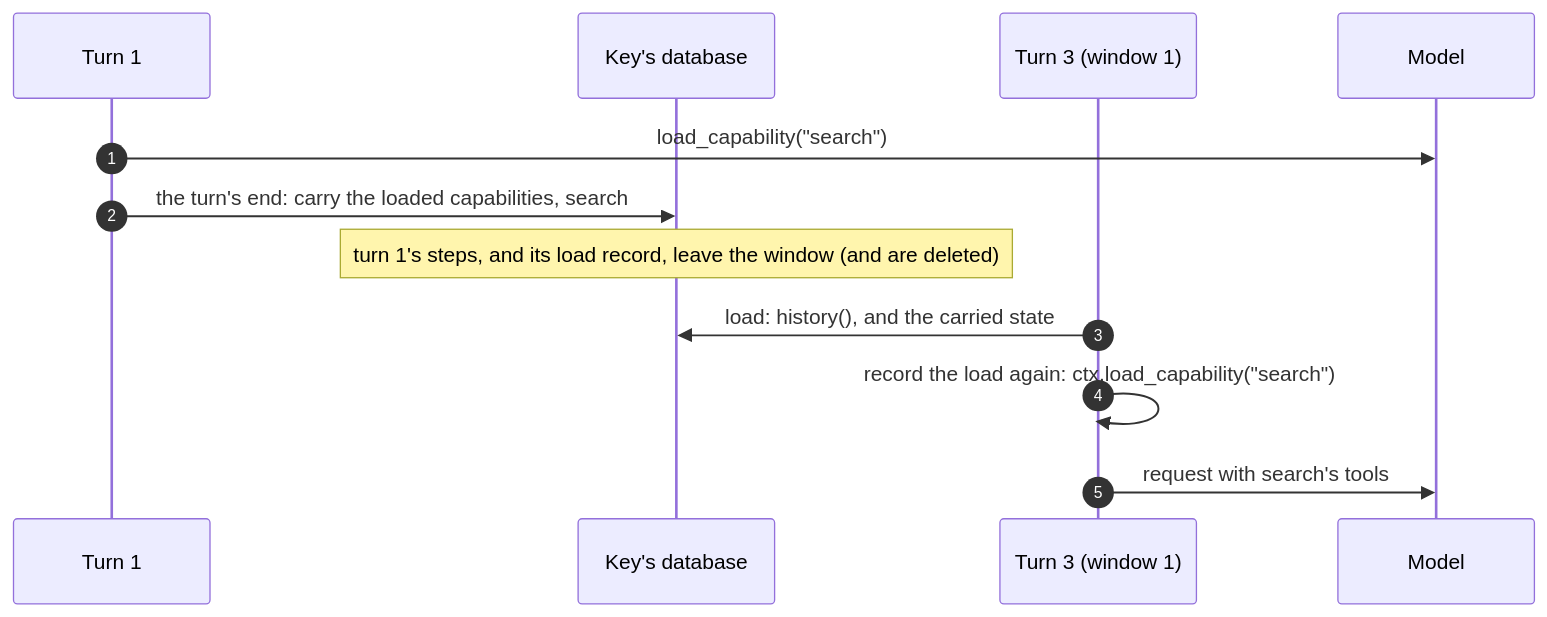
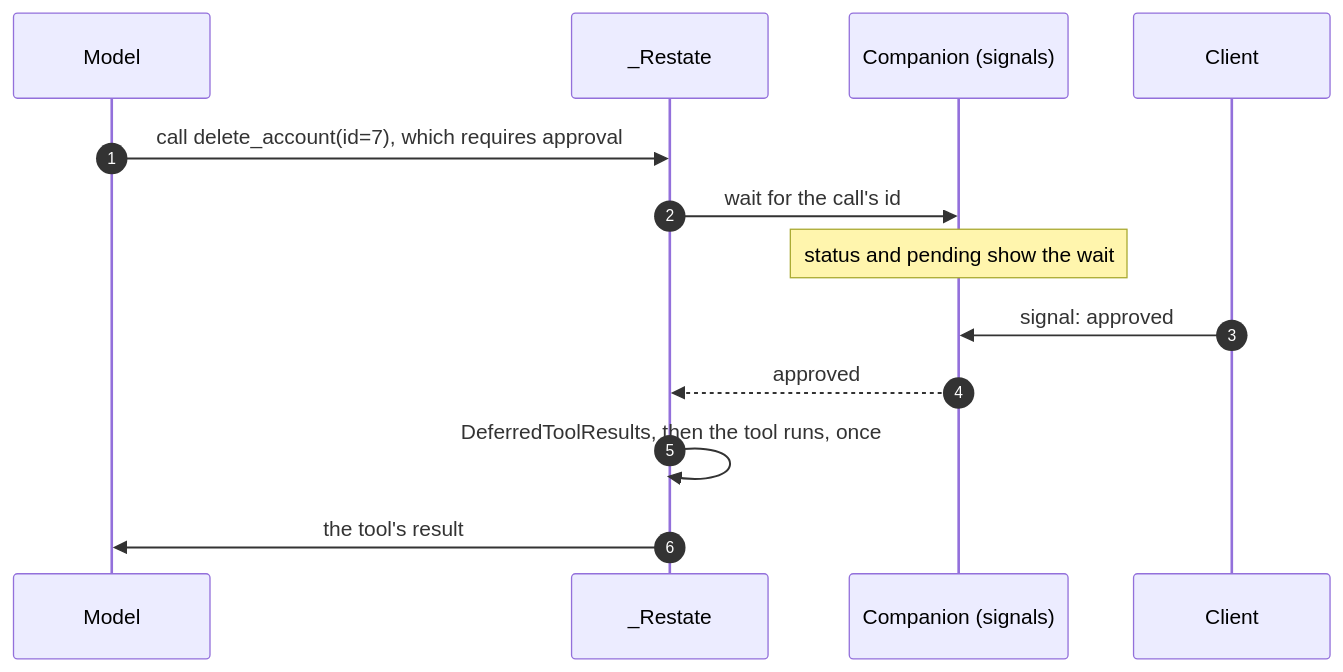
Before and after one commit to restatedev/sdk-python: the second of 2 diagrams in docs/conversation-storage/pydantic-ai.md, drawn with Mermaid. The commit also changed other lines of this file and 1 other file, not shown here.

````diff
--- a/docs/conversation-storage/pydantic-ai.md
+++ b/docs/conversation-storage/pydantic-ai.md
@@ -234,14 +338,15 @@
 ```mermaid
 sequenceDiagram
   autonumber
-  participant T1 as Turn 1
-  participant DB as Key's database
-  participant T3 as Turn 3 (window 1)
   participant M as Model
-  T1->>M: load_capability("search")
-  T1->>DB: the turn's end: carry the loaded capabilities, search
-  Note over DB: turn 1's steps, and its load record, leave the window (and are deleted)
-  T3->>DB: load: history(), and the carried state
-  T3->>T3: record the load again: ctx.load_capability("search")
-  T3->>M: request with search's tools
+  participant G as _Restate
+  participant S as Companion (signals)
+  participant C as Client
+  M->>G: call delete_account(id=7), which requires approval
+  G->>S: wait for the call's id
+  Note over S: status and pending show the wait
+  C->>S: signal: approved
+  S-->>G: approved
+  G->>G: DeferredToolResults, then the tool runs, once
+  G->>M: the tool's result
 ```
````
